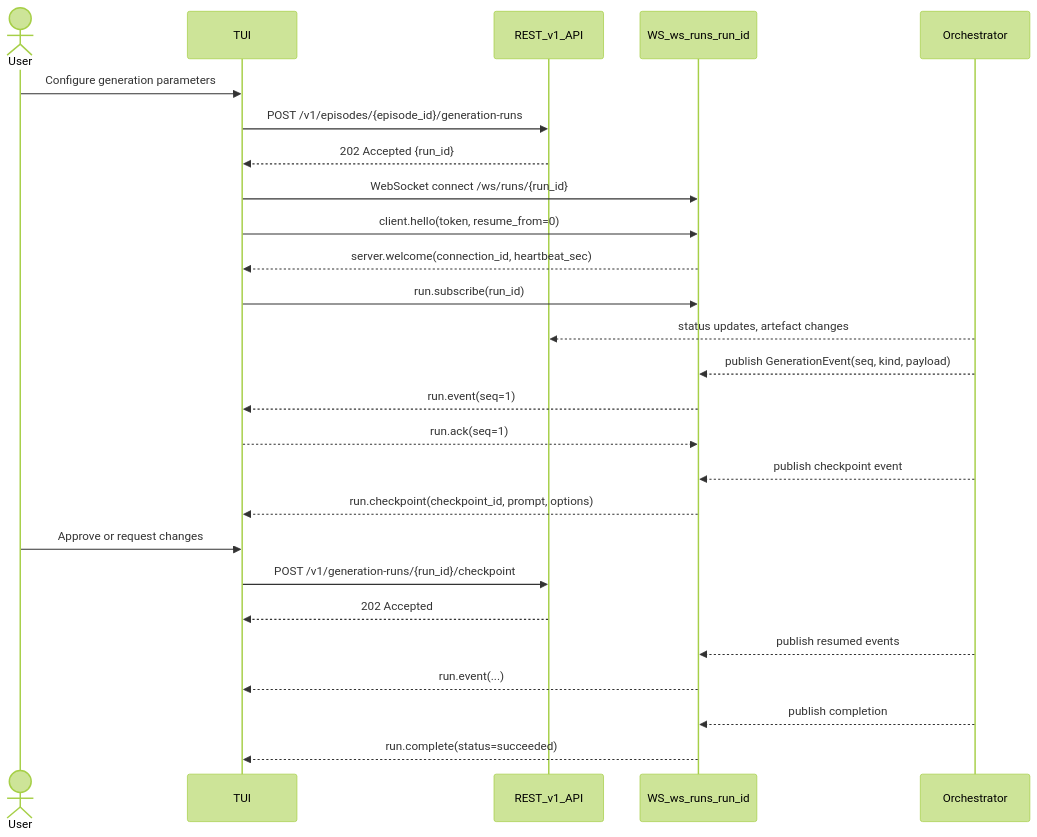
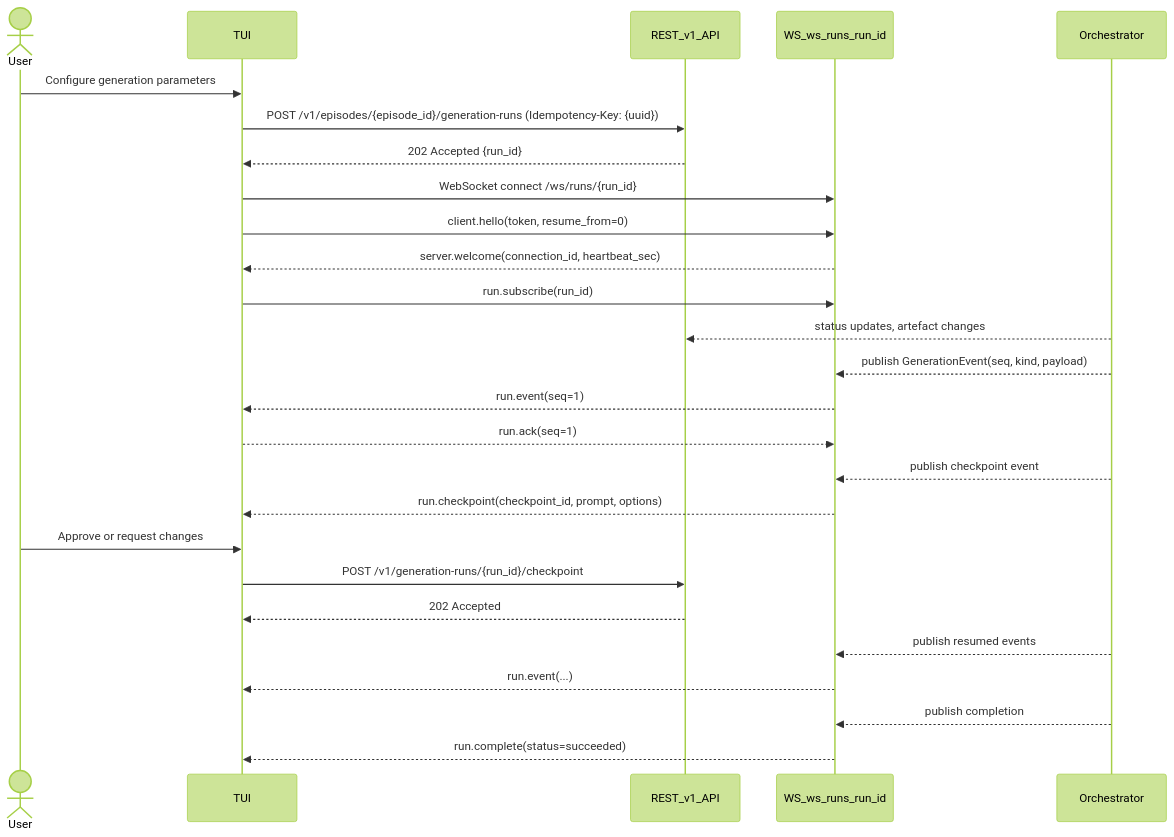
One commit to leynos/episodic changed the seventh of 8 diagrams in docs/episodic-tui-api-design.md. Above: the diagram before and after it, drawn with Mermaid (forest theme). The commit also changed other lines of this file and 2 other files, not shown here.

````diff
--- a/docs/episodic-tui-api-design.md
+++ b/docs/episodic-tui-api-design.md
@@ -1098,35 +1098,35 @@
 ```mermaid
 sequenceDiagram
     actor User
     participant TUI
     participant REST_v1 as REST_v1_API
     participant WS_runs as WS_ws_runs_run_id
     participant Orchestrator
 
     User->>TUI: Configure generation parameters
-    TUI->>REST_v1: POST /v1/episodes/{episode_id}/generation-runs
+    TUI->>REST_v1: POST /v1/episodes/{episode_id}/generation-runs (Idempotency-Key: {uuid})
     REST_v1-->>TUI: 202 Accepted {run_id}
 
     TUI->>WS_runs: WebSocket connect /ws/runs/{run_id}
     TUI->>WS_runs: client.hello(token, resume_from=0)
     WS_runs-->>TUI: server.welcome(connection_id, heartbeat_sec)
     TUI->>WS_runs: run.subscribe(run_id)
 
     Orchestrator-->>REST_v1: status updates, artefact changes
     Orchestrator-->>WS_runs: publish GenerationEvent(seq, kind, payload)
     WS_runs-->>TUI: run.event(seq=1)
     TUI-->>WS_runs: run.ack(seq=1)
 
     Orchestrator-->>WS_runs: publish checkpoint event
     WS_runs-->>TUI: run.checkpoint(checkpoint_id, prompt, options)
 
     User->>TUI: Approve or request changes
     TUI->>REST_v1: POST /v1/generation-runs/{run_id}/checkpoint
     REST_v1-->>TUI: 202 Accepted
 
     Orchestrator-->>WS_runs: publish resumed events
     WS_runs-->>TUI: run.event(...)
 
     Orchestrator-->>WS_runs: publish completion
     WS_runs-->>TUI: run.complete(status=succeeded)
 ```
````
